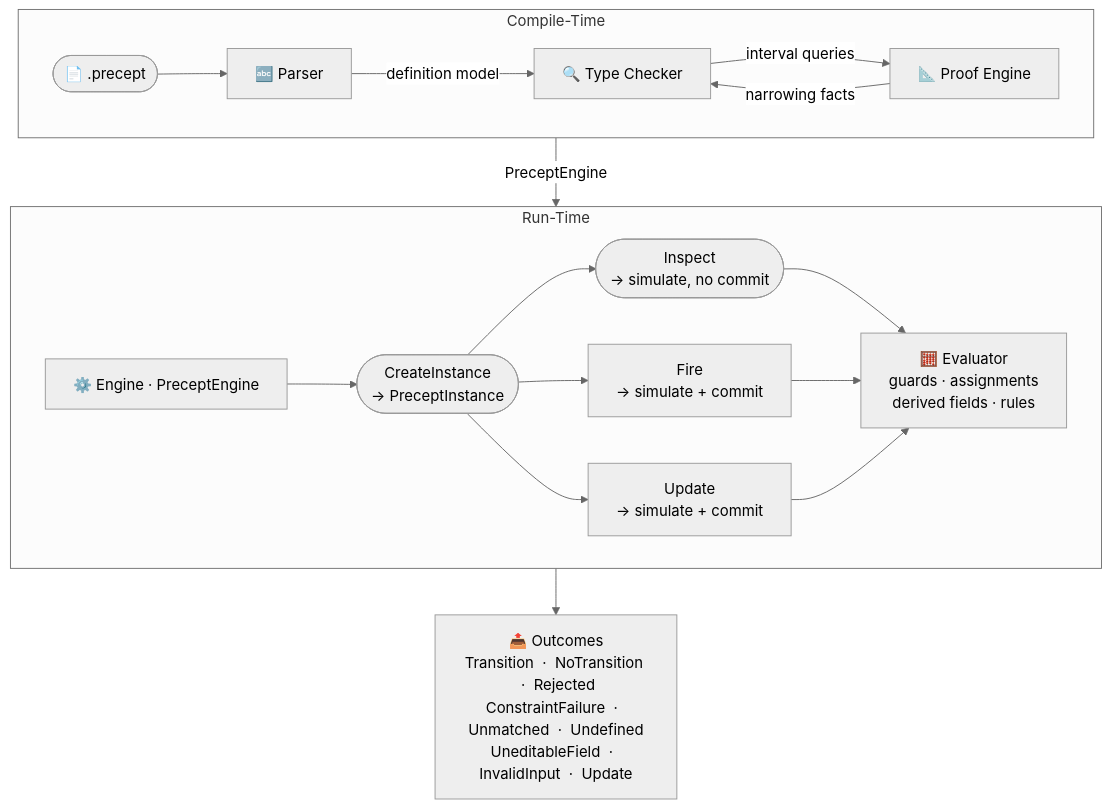
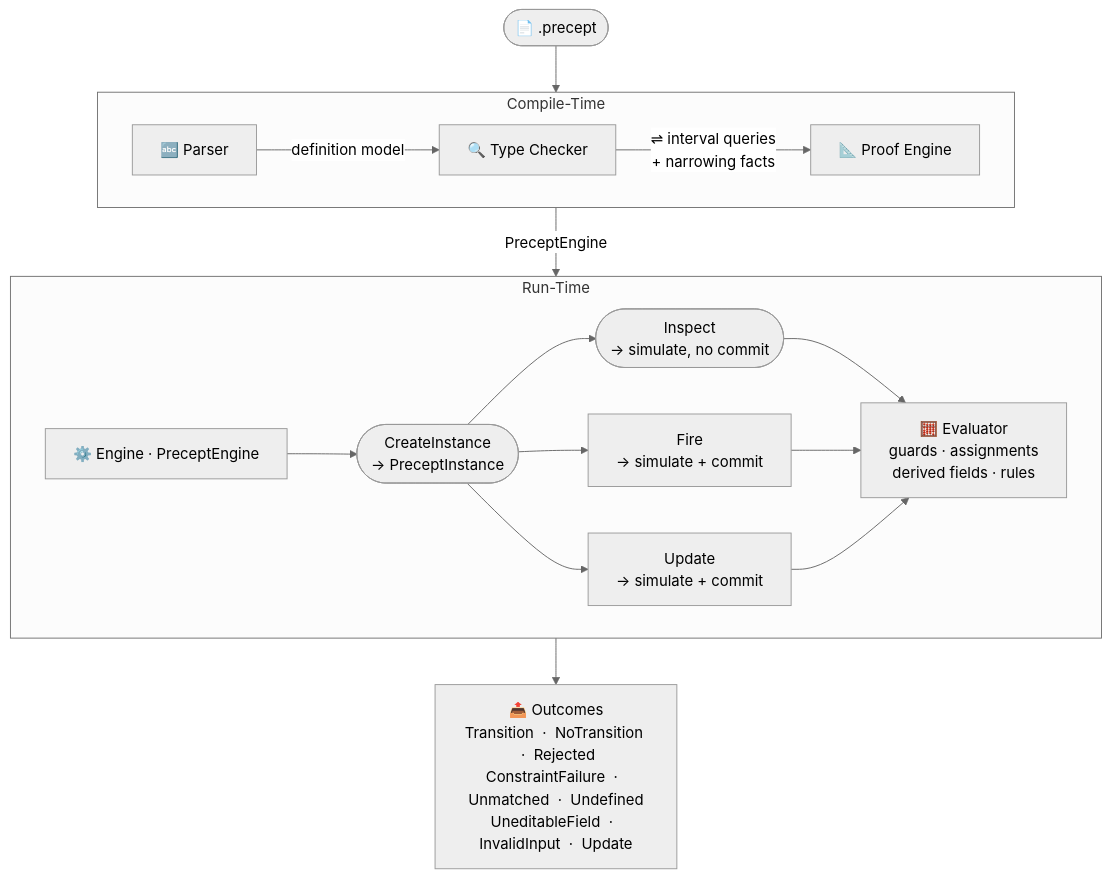
One commit to sfalik/Precept changed the diagram in docs/ArchitectureDesign.md. Above: the diagram before and after it, drawn with Mermaid (neutral theme). The commit also changed other lines of this file, not shown here.

Commit message:
docs: fix CT/RT stacking — eliminate cycle in CT, use single bidirectional-label arrow

````diff
--- a/docs/ArchitectureDesign.md
+++ b/docs/ArchitectureDesign.md
@@ -21,31 +21,33 @@
 ```mermaid
 flowchart TD
+    src(["📄 .precept"])
+
     subgraph CT["Compile-Time"]
         direction LR
-        src(["📄 .precept"]) --> P["🔤 Parser"] -->|definition model| TC["🔍 Type Checker"]
-        TC -->|interval queries| PE["📐 Proof Engine"]
-        PE -->|narrowing facts| TC
+        P["🔤 Parser"] -->|definition model| TC["🔍 Type Checker"]
+        TC -->|"⇌ interval queries\n+ narrowing facts"| PE["📐 Proof Engine"]
     end
 
     subgraph RT["Run-Time"]
         direction LR
         ENG["⚙️ Engine  ·  PreceptEngine"]
         I1(["CreateInstance\n→ PreceptInstance"])
         I2(["Inspect\n→ simulate, no commit"])
         FIRE["Fire\n→ simulate + commit"]
         UPD["Update\n→ simulate + commit"]
         EVAL["🧮 Evaluator\nguards · assignments\nderived fields · rules"]
         ENG --> I1
         I1 --> I2
         I1 --> FIRE
         I1 --> UPD
         I2 --> EVAL
         FIRE --> EVAL
         UPD --> EVAL
     end
 
     OUT["📤 Outcomes\nTransition  ·  NoTransition  ·  Rejected\nConstraintFailure  ·  Unmatched  ·  Undefined\nUneditableField  ·  InvalidInput  ·  Update"]
 
+    src --> P
     TC -->|PreceptEngine| ENG
     EVAL --> OUT
 ```
````
